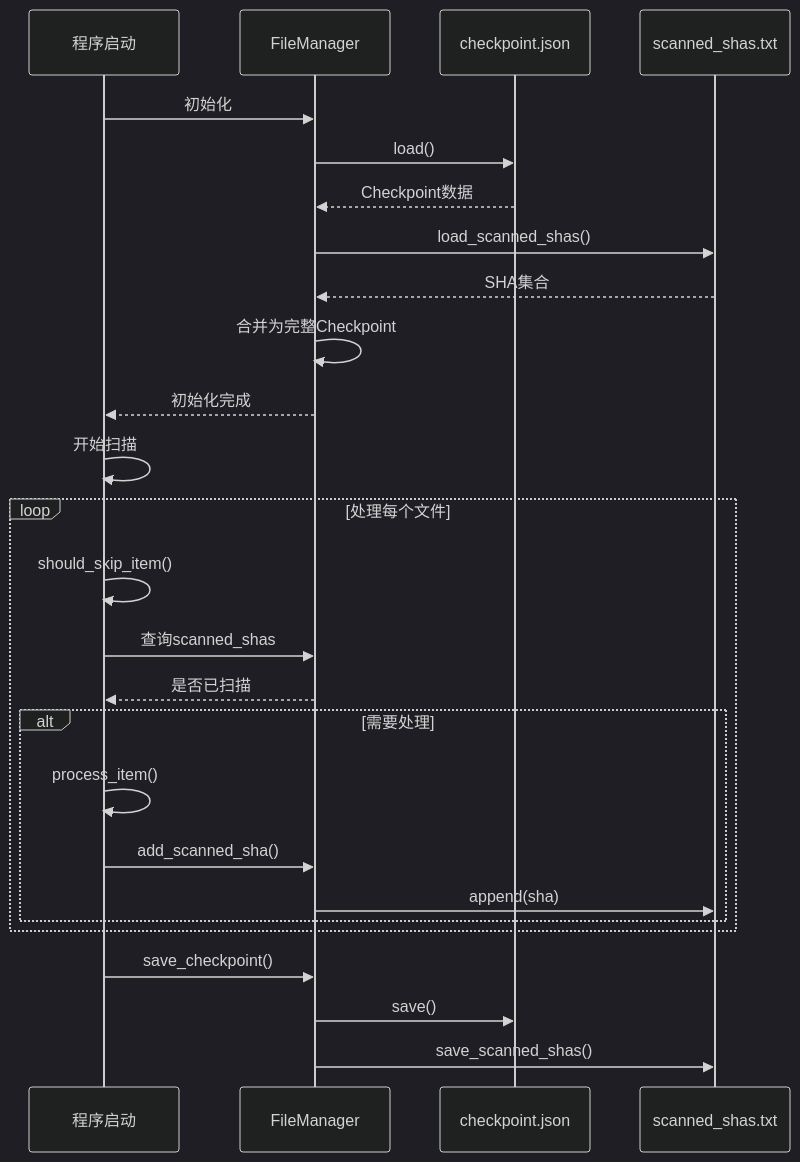
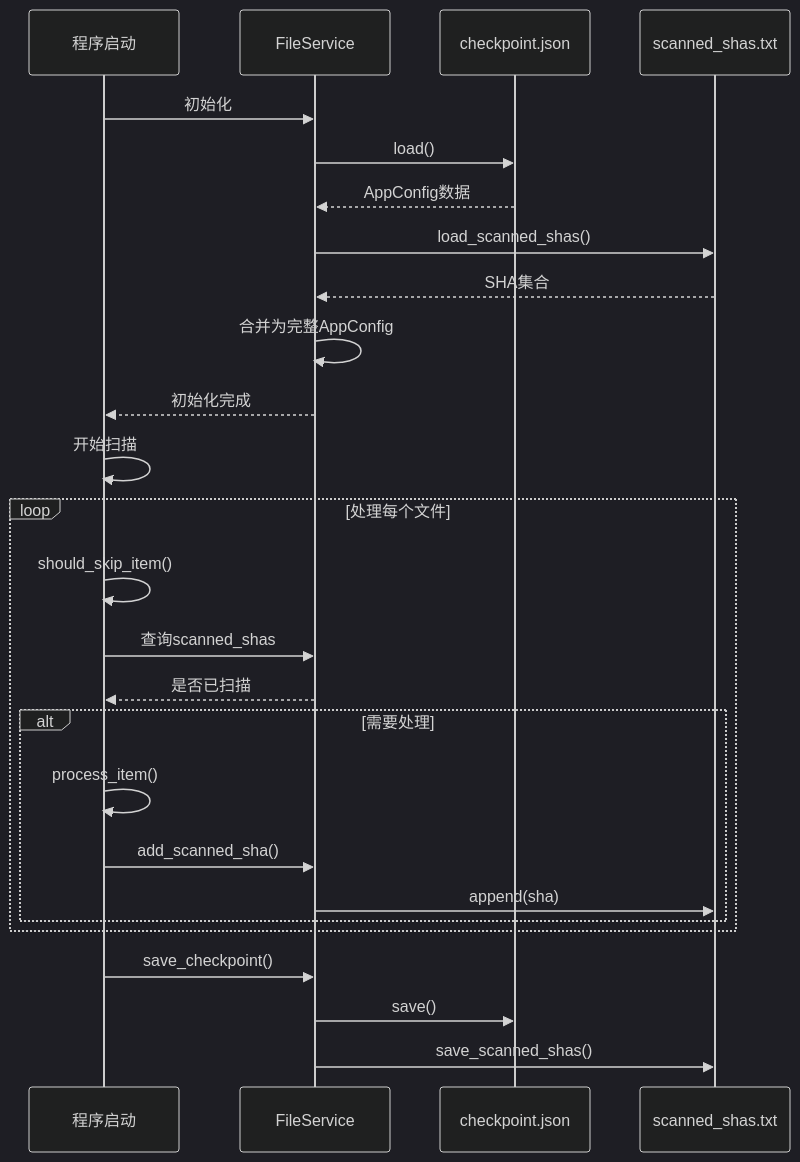
The second of 2 diagrams in .qoder/repowiki/zh/content/核心功能详解/扫描行为配置.md (james-6-23/APIKEY-king), drawn with Mermaid (dark theme) before and after one commit. The commit also changed other lines of this file and 49 other files, not shown here.

````diff
--- a/.qoder/repowiki/zh/content/核心功能详解/扫描行为配置.md
+++ b/.qoder/repowiki/zh/content/核心功能详解/扫描行为配置.md
@@ -154,28 +159,28 @@
 ```mermaid
 sequenceDiagram
 participant 程序 as 程序启动
-participant 文件管理器 as FileManager
+participant 文件服务 as FileService
 participant 检查点文件 as checkpoint.json
 participant SHA文件 as scanned_shas.txt
-程序->>文件管理器 : 初始化
-文件管理器->>检查点文件 : load()
-检查点文件-->>文件管理器 : Checkpoint数据
-文件管理器->>SHA文件 : load_scanned_shas()
-SHA文件-->>文件管理器 : SHA集合
-文件管理器->>文件管理器 : 合并为完整Checkpoint
-文件管理器-->>程序 : 初始化完成
+程序->>文件服务 : 初始化
+文件服务->>检查点文件 : load()
+检查点文件-->>文件服务 : AppConfig数据
+文件服务->>SHA文件 : load_scanned_shas()
+SHA文件-->>文件服务 : SHA集合
+文件服务->>文件服务 : 合并为完整AppConfig
+文件服务-->>程序 : 初始化完成
 程序->>程序 : 开始扫描
 loop 处理每个文件
 程序->>程序 : should_skip_item()
-程序->>文件管理器 : 查询scanned_shas
-文件管理器-->>程序 : 是否已扫描
+程序->>文件服务 : 查询scanned_shas
+文件服务-->>程序 : 是否已扫描
 alt 需要处理
 程序->>程序 : process_item()
-程序->>文件管理器 : add_scanned_sha()
-文件管理器->>SHA文件 : append(sha)
+程序->>文件服务 : add_scanned_sha()
+文件服务->>SHA文件 : append(sha)
 end
 end
-程序->>文件管理器 : save_checkpoint()
-文件管理器->>检查点文件 : save()
-文件管理器->>SHA文件 : save_scanned_shas()
+程序->>文件服务 : save_checkpoint()
+文件服务->>检查点文件 : save()
+文件服务->>SHA文件 : save_scanned_shas()
 ```
````
